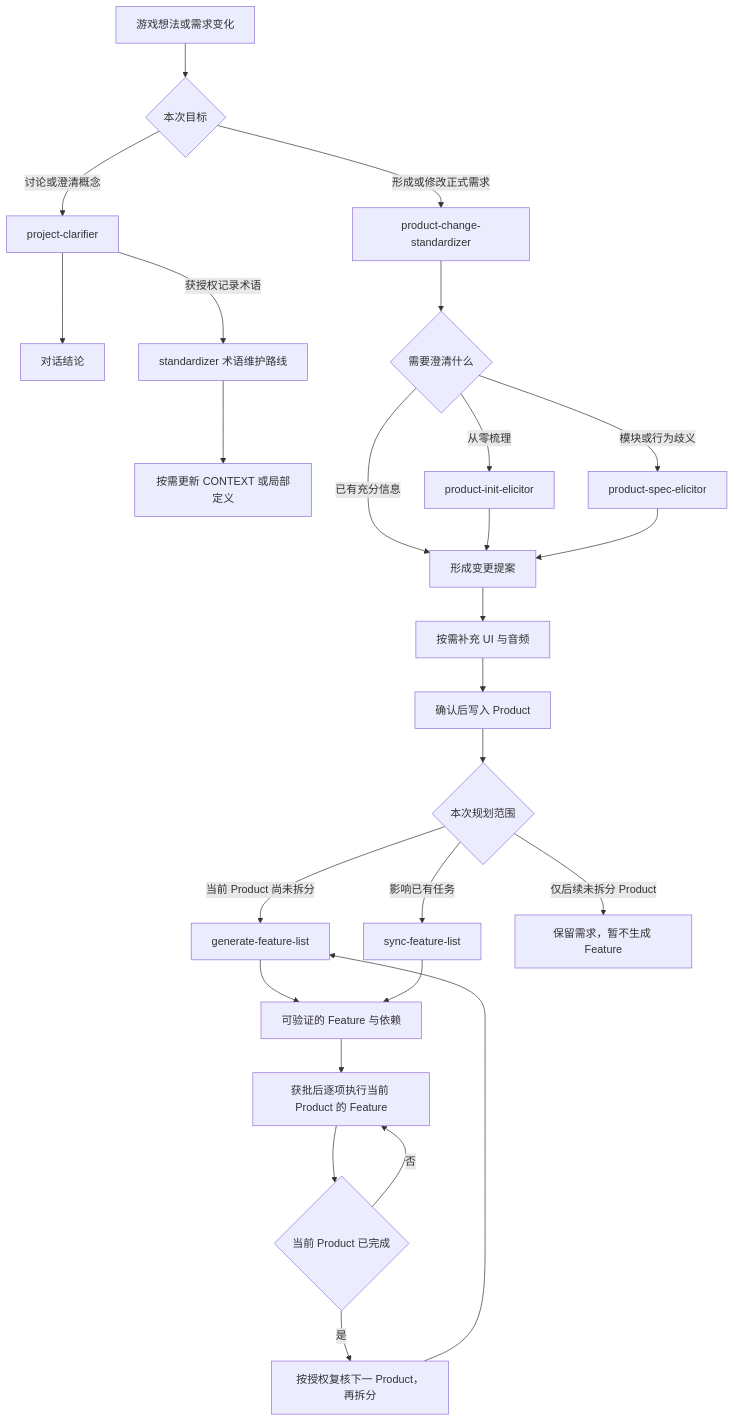
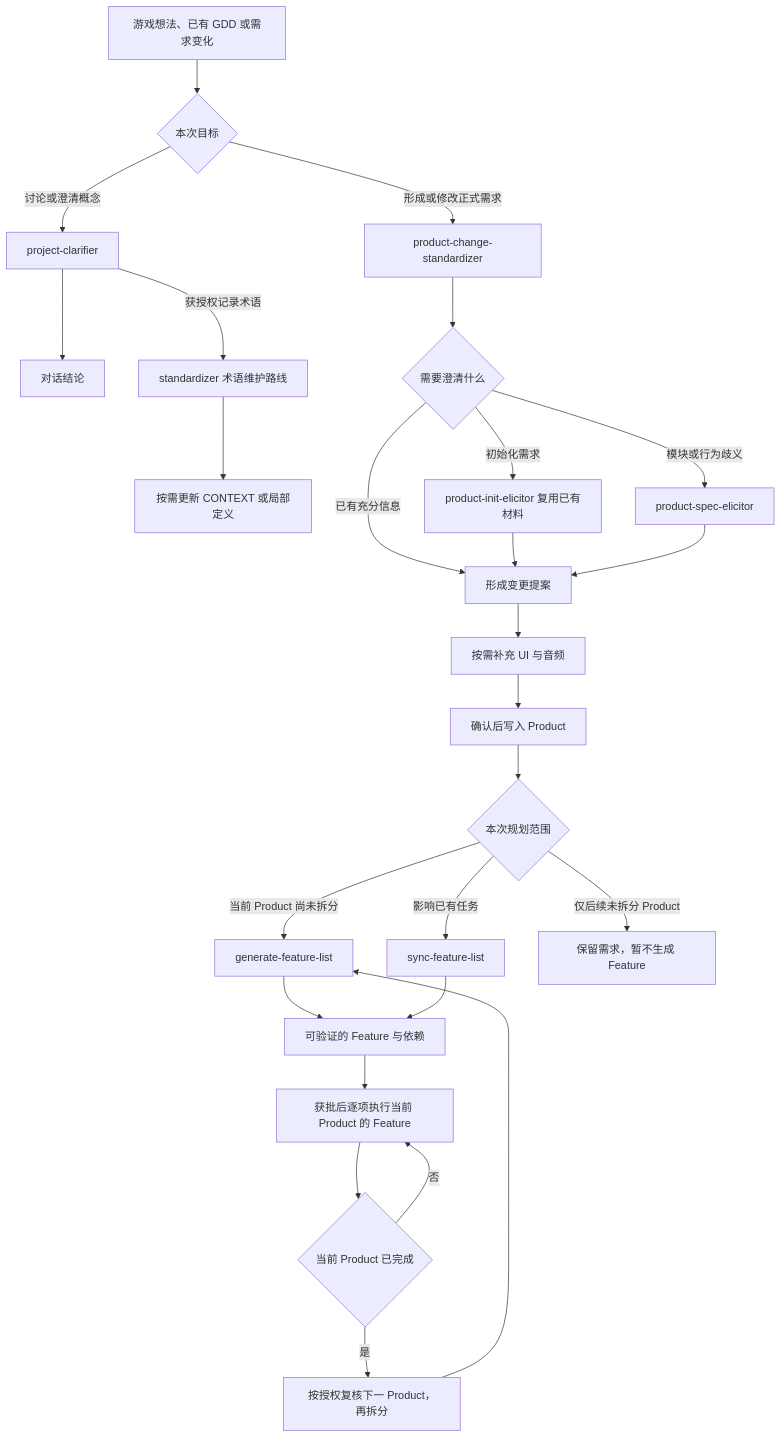
The first of 2 diagrams in framework/docs/blank-project/guides/product-and-planning.md (yxy823/Game_idle_yaya_frame), drawn with Mermaid before and after one commit. The commit also changed other lines of this file and 13 other files, not shown here.

````diff
--- a/framework/docs/blank-project/guides/product-and-planning.md
+++ b/framework/docs/blank-project/guides/product-and-planning.md
@@ -22,28 +22,28 @@
 ```mermaid
 flowchart TD
-    A[游戏想法或需求变化] --> Q{本次目标}
+    A[游戏想法、已有 GDD 或需求变化] --> Q{本次目标}
     Q -->|讨论或澄清概念| R[project-clarifier]
     R --> S[对话结论]
     R -->|获授权记录术语| T[standardizer 术语维护路线]
     T --> U[按需更新 CONTEXT 或局部定义]
     Q -->|形成或修改正式需求| B[product-change-standardizer]
     B --> C{需要澄清什么}
-    C -->|从零梳理| D[product-init-elicitor]
+    C -->|初始化需求| D[product-init-elicitor 复用已有材料]
     C -->|模块或行为歧义| E[product-spec-elicitor]
     C -->|已有充分信息| F[形成变更提案]
     D --> F
     E --> F
     F --> G[按需补充 UI 与音频]
     G --> H[确认后写入 Product]
     H --> I{本次规划范围}
     I -->|当前 Product 尚未拆分| J[generate-feature-list]
     I -->|影响已有任务| K[sync-feature-list]
     I -->|仅后续未拆分 Product| N[保留需求，暂不生成 Feature]
     J --> L[可验证的 Feature 与依赖]
     K --> L
     L --> M[获批后逐项执行当前 Product 的 Feature]
     M --> O{当前 Product 已完成}
     O -->|否| M
     O -->|是| W[按授权复核下一 Product，再拆分]
     W --> J
 ```
````
